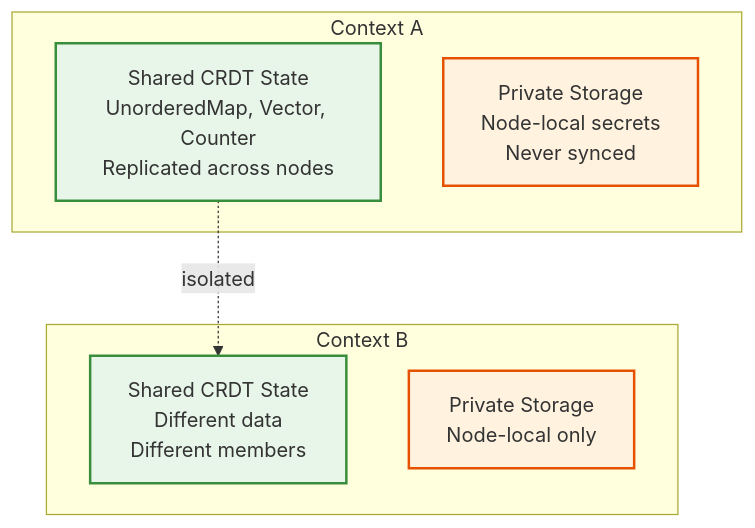
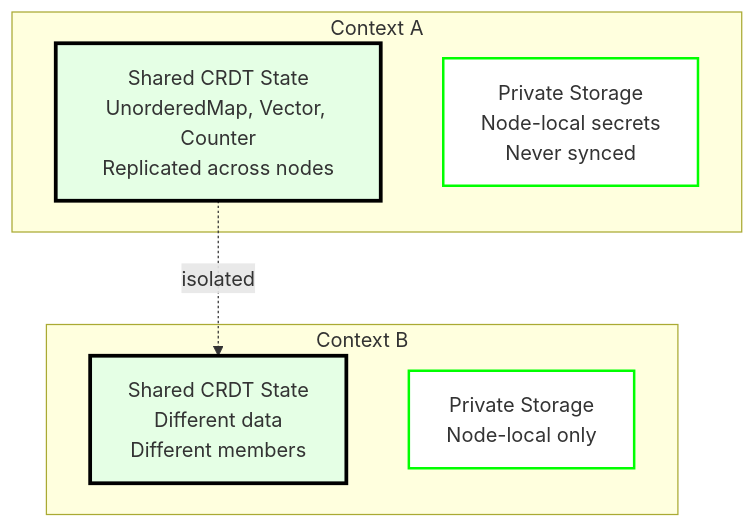
Before and after one commit to calimero-network/docs: the second of 2 diagrams in docs/core-concepts/contexts.md, drawn with Mermaid. The commit also changed 6 other files, not shown here.

First line of the commit message:
fix: Update all Mermaid diagrams to use black/green color scheme

````diff
--- a/docs/core-concepts/contexts.md
+++ b/docs/core-concepts/contexts.md
@@ -99,19 +99,19 @@
 ```mermaid
 graph TB
     subgraph "Context A"
         CRDT1[Shared CRDT State<br/>UnorderedMap, Vector, Counter<br/>Replicated across nodes]
         PRIVATE1[Private Storage<br/>Node-local secrets<br/>Never synced]
     end
     
     subgraph "Context B"
         CRDT2[Shared CRDT State<br/>Different data<br/>Different members]
         PRIVATE2[Private Storage<br/>Node-local only]
     end
     
     CRDT1 -.->|isolated| CRDT2
     
-    style CRDT1 fill:#e8f5e9,stroke:#388e3c,stroke-width:2px
-    style CRDT2 fill:#e8f5e9,stroke:#388e3c,stroke-width:2px
-    style PRIVATE1 fill:#fff3e0,stroke:#e65100,stroke-width:2px
-    style PRIVATE2 fill:#fff3e0,stroke:#e65100,stroke-width:2px
+    style CRDT1 fill:#e5ffe5,stroke:#000000,stroke-width:3px
+    style CRDT2 fill:#e5ffe5,stroke:#000000,stroke-width:3px
+    style PRIVATE1 fill:#ffffff,stroke:#00ff00,stroke-width:2px
+    style PRIVATE2 fill:#ffffff,stroke:#00ff00,stroke-width:2px
 ```
````
